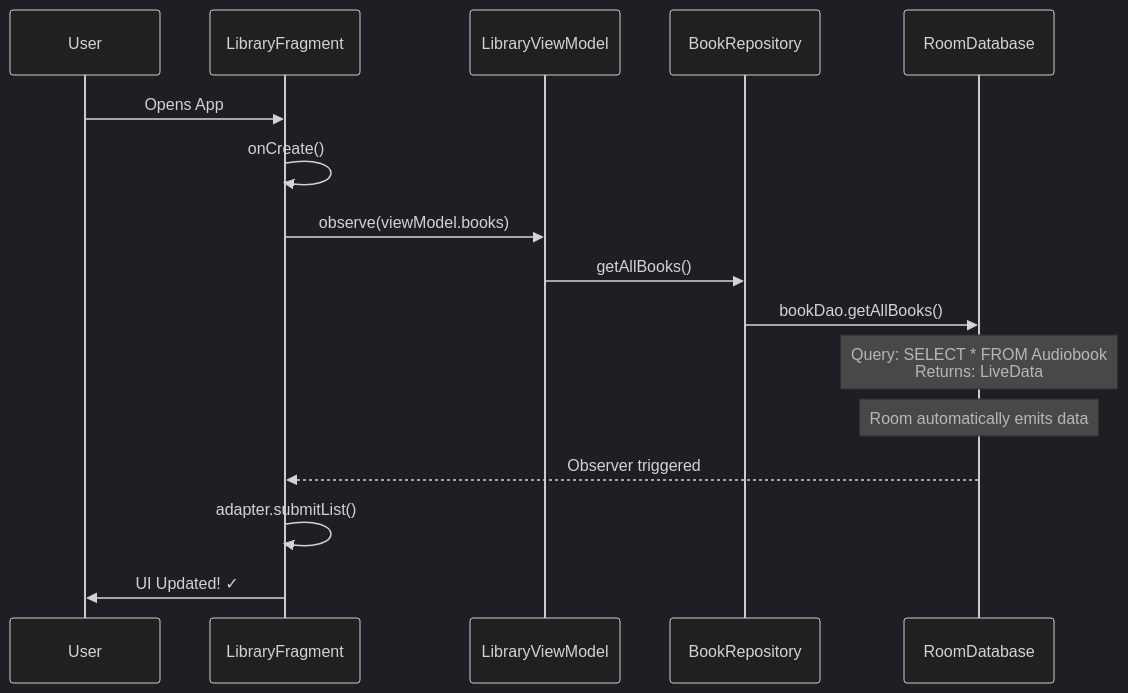
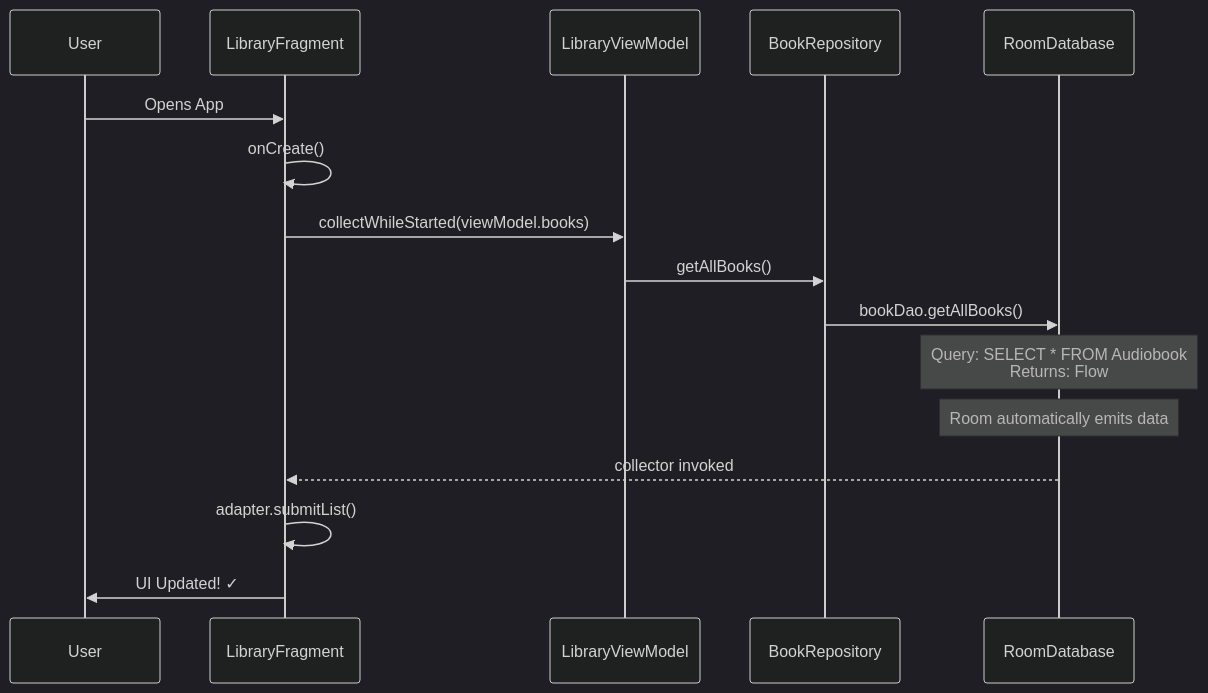
The fourth of 8 diagrams in backlog/docs/reference/07-visual-guide.md (alebianco/chronicle), drawn with Mermaid (dark theme) before and after one commit. The commit also changed other lines of this file and 7 other files, not shown here.

````diff
--- a/backlog/docs/reference/07-visual-guide.md
+++ b/backlog/docs/reference/07-visual-guide.md
@@ -161,19 +161,19 @@
 ```mermaid
 sequenceDiagram
     participant User
     participant LibraryFragment
     participant LibraryViewModel
     participant BookRepository
     participant RoomDatabase
     
     User->>LibraryFragment: Opens App
     LibraryFragment->>LibraryFragment: onCreate()
-    LibraryFragment->>LibraryViewModel: observe(viewModel.books)
+    LibraryFragment->>LibraryViewModel: collectWhileStarted(viewModel.books)
     LibraryViewModel->>BookRepository: getAllBooks()
     BookRepository->>RoomDatabase: bookDao.getAllBooks()
-    Note over RoomDatabase: Query: SELECT * FROM Audiobook<br/>Returns: LiveData
+    Note over RoomDatabase: Query: SELECT * FROM Audiobook<br/>Returns: Flow
     Note over RoomDatabase: Room automatically emits data
-    RoomDatabase-->>LibraryFragment: Observer triggered
+    RoomDatabase-->>LibraryFragment: collector invoked
     LibraryFragment->>LibraryFragment: adapter.submitList()
     LibraryFragment->>User: UI Updated! ✓
 ```
````
